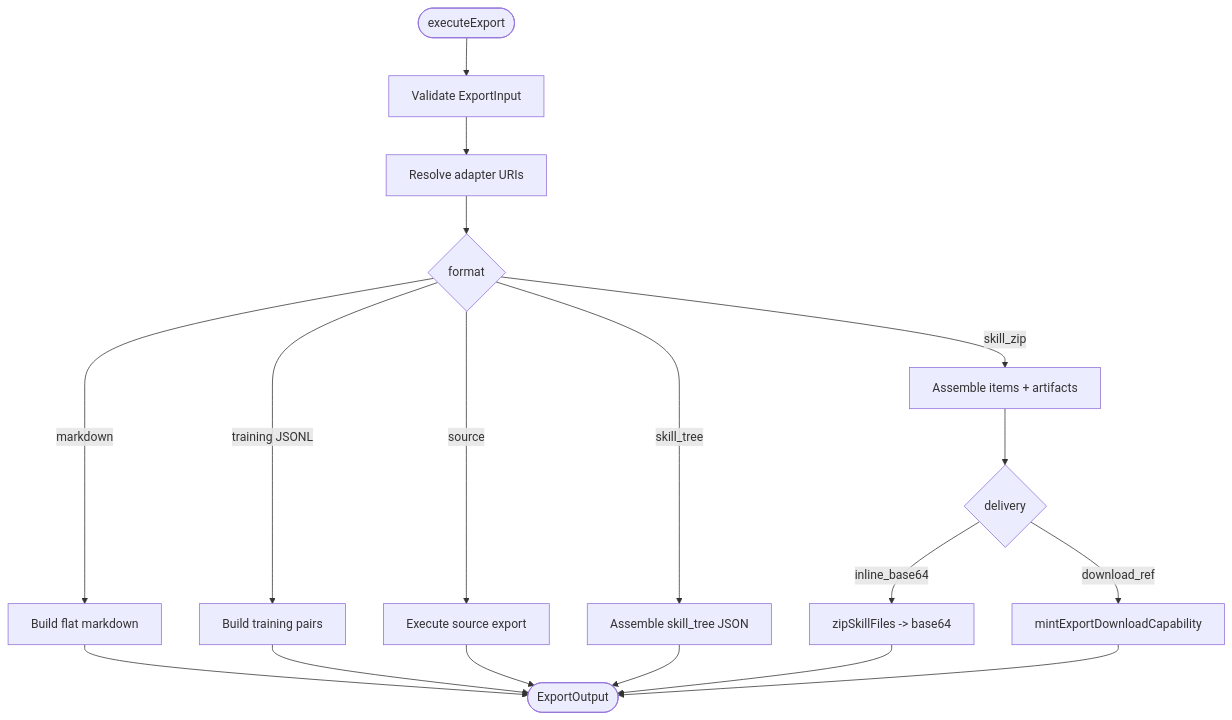
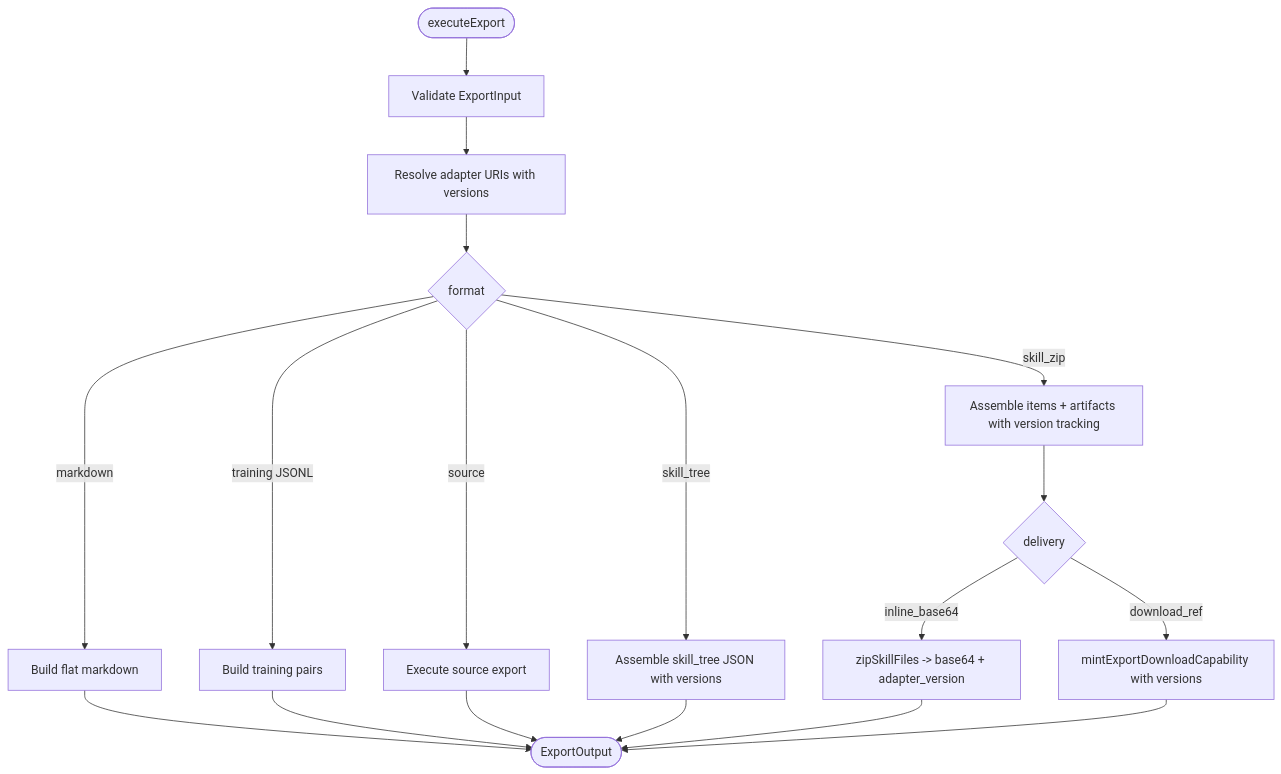
One commit to debian777/kairos-mcp changed the third of 10 diagrams in .qoder/repowiki/en/content/MCP Protocol Tools/Export Tool.md. Above: the diagram before and after it, drawn with Mermaid. The commit also changed other lines of this file and 16 other files, not shown here.

````diff
--- a/.qoder/repowiki/en/content/MCP Protocol Tools/Export Tool.md
+++ b/.qoder/repowiki/en/content/MCP Protocol Tools/Export Tool.md
@@ -189,20 +212,20 @@
 ```mermaid
 flowchart TD
 Start(["executeExport"]) --> Parse["Validate ExportInput"]
-Parse --> Resolve["Resolve adapter URIs"]
+Parse --> Resolve["Resolve adapter URIs with versions"]
 Resolve --> Format{"format"}
 Format --> |markdown| FlatMD["Build flat markdown"]
 Format --> |training JSONL| Train["Build training pairs"]
 Format --> |source| Src["Execute source export"]
-Format --> |skill_tree| Tree["Assemble skill_tree JSON"]
-Format --> |skill_zip| Bundle["Assemble items + artifacts"]
+Format --> |skill_tree| Tree["Assemble skill_tree JSON with versions"]
+Format --> |skill_zip| Bundle["Assemble items + artifacts with version tracking"]
 Bundle --> Delivery{"delivery"}
-Delivery --> |inline_base64| Inline["zipSkillFiles -> base64"]
-Delivery --> |download_ref| Ref["mintExportDownloadCapability"]
+Delivery --> |inline_base64| Inline["zipSkillFiles -> base64 + adapter_version"]
+Delivery --> |download_ref| Ref["mintExportDownloadCapability with versions"]
 FlatMD --> End(["ExportOutput"])
 Train --> End
 Src --> End
 Tree --> End
 Inline --> End
 Ref --> End
 ```
````
